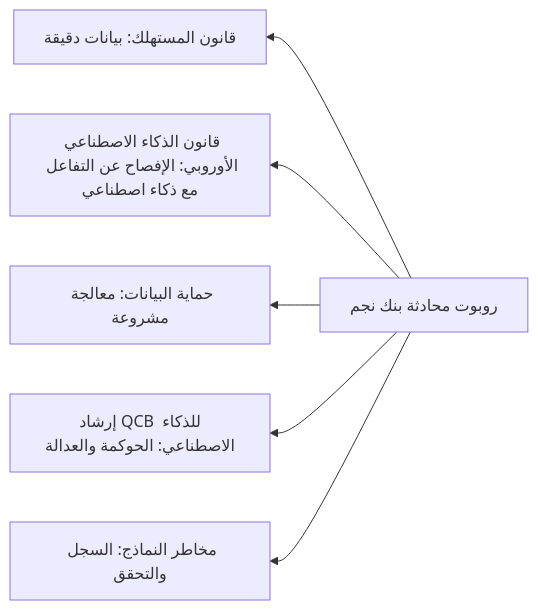
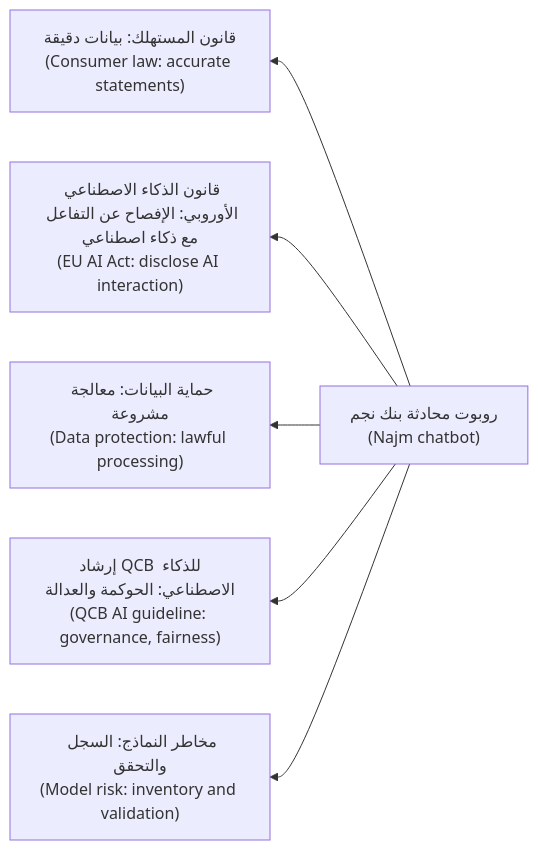
Before and after one commit to Tamoura/system-design-for-vibe-coders: the second of 2 diagrams in aigp/modules/05-other-laws.ar.md, drawn with Mermaid. The commit also changed other lines of this file and 62 other files, not shown here.

First line of the commit message:
Arabic editions: English on every diagram label, RTL fixes, rebuild

````diff
--- a/aigp/modules/05-other-laws.ar.md
+++ b/aigp/modules/05-other-laws.ar.md
@@ -503,8 +503,8 @@
 ```mermaid
 flowchart RL
-    S[روبوت محادثة بنك نجم] --> C[قانون المستهلك: بيانات دقيقة]
-    S --> A[قانون الذكاء الاصطناعي الأوروبي: الإفصاح عن التفاعل مع ذكاء اصطناعي]
-    S --> P[حماية البيانات: معالجة مشروعة]
-    S --> Q[إرشاد QCB للذكاء الاصطناعي: الحوكمة والعدالة]
-    S --> M[مخاطر النماذج: السجل والتحقق]
+    S["روبوت محادثة بنك نجم<br/>(Najm chatbot)"] --> C["قانون المستهلك: بيانات دقيقة<br/>(Consumer law: accurate statements)"]
+    S --> A["قانون الذكاء الاصطناعي الأوروبي: الإفصاح عن التفاعل مع ذكاء اصطناعي<br/>(EU AI Act: disclose AI interaction)"]
+    S --> P["حماية البيانات: معالجة مشروعة<br/>(Data protection: lawful processing)"]
+    S --> Q["إرشاد QCB للذكاء الاصطناعي: الحوكمة والعدالة<br/>(QCB AI guideline: governance, fairness)"]
+    S --> M["مخاطر النماذج: السجل والتحقق<br/>(Model risk: inventory and validation)"]
 ```
````
